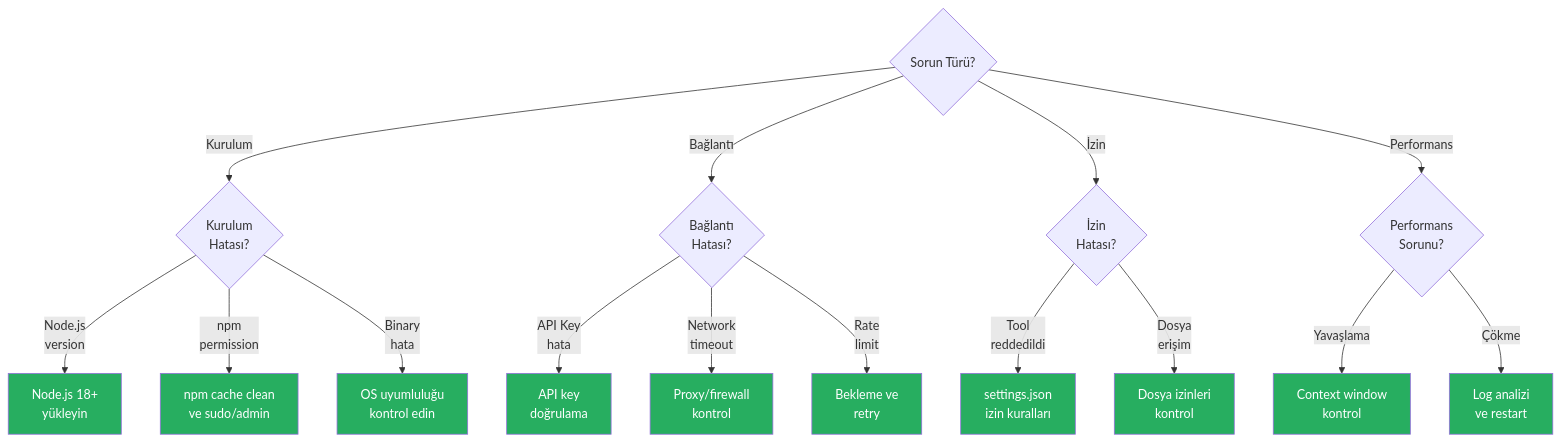
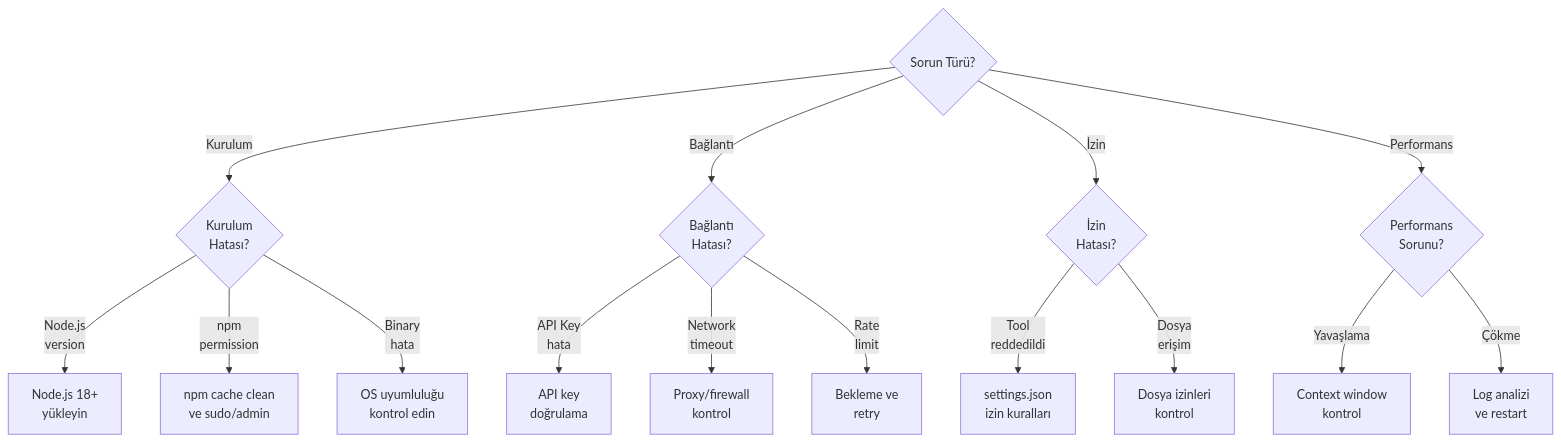
Before and after one commit to IzzetYasinAtes/ClaudeCodeHandbook: the diagram in 21-sorun-giderme/01-cok-sorulan-sorunlar.md, drawn with Mermaid. The commit also changed 97 other files, not shown here.

Commit message:
Remove all custom Mermaid style/fill colors from 98 markdown files for consistent dark theme rendering

````diff
--- a/21-sorun-giderme/01-cok-sorulan-sorunlar.md
+++ b/21-sorun-giderme/01-cok-sorulan-sorunlar.md
@@ -16,33 +16,23 @@
 ```mermaid
 flowchart TD
     START{"Sorun Türü?"}
     
     START -->|"Kurulum"| INSTALL{"Kurulum<br/>Hatası?"}
     INSTALL -->|"Node.js<br/>version"| I1["Node.js 18+<br/>yükleyin"]
     INSTALL -->|"npm<br/>permission"| I2["npm cache clean<br/>ve sudo/admin"]
     INSTALL -->|"Binary<br/>hata"| I3["OS uyumluluğu<br/>kontrol edin"]
     
     START -->|"Bağlantı"| CONN{"Bağlantı<br/>Hatası?"}
     CONN -->|"API Key<br/>hata"| C1["API key<br/>doğrulama"]
     CONN -->|"Network<br/>timeout"| C2["Proxy/firewall<br/>kontrol"]
     CONN -->|"Rate<br/>limit"| C3["Bekleme ve<br/>retry"]
     
     START -->|"İzin"| PERM{"İzin<br/>Hatası?"}
     PERM -->|"Tool<br/>reddedildi"| P1["settings.json<br/>izin kuralları"]
     PERM -->|"Dosya<br/>erişim"| P2["Dosya izinleri<br/>kontrol"]
     
     START -->|"Performans"| PERF{"Performans<br/>Sorunu?"}
     PERF -->|"Yavaşlama"| PF1["Context window<br/>kontrol"]
     PERF -->|"Çökme"| PF2["Log analizi<br/>ve restart"]
     
-    style I1 fill:#27AE60,color:#fff
-    style I2 fill:#27AE60,color:#fff
-    style I3 fill:#27AE60,color:#fff
-    style C1 fill:#27AE60,color:#fff
-    style C2 fill:#27AE60,color:#fff
-    style C3 fill:#27AE60,color:#fff
-    style P1 fill:#27AE60,color:#fff
-    style P2 fill:#27AE60,color:#fff
-    style PF1 fill:#27AE60,color:#fff
-    style PF2 fill:#27AE60,color:#fff
 ```
````
